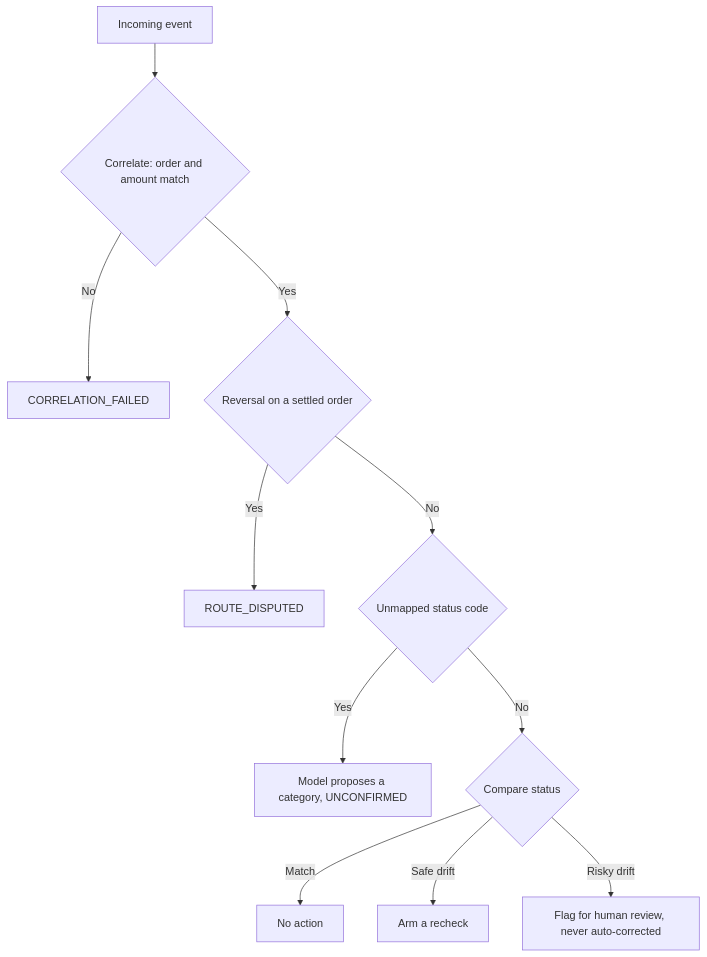
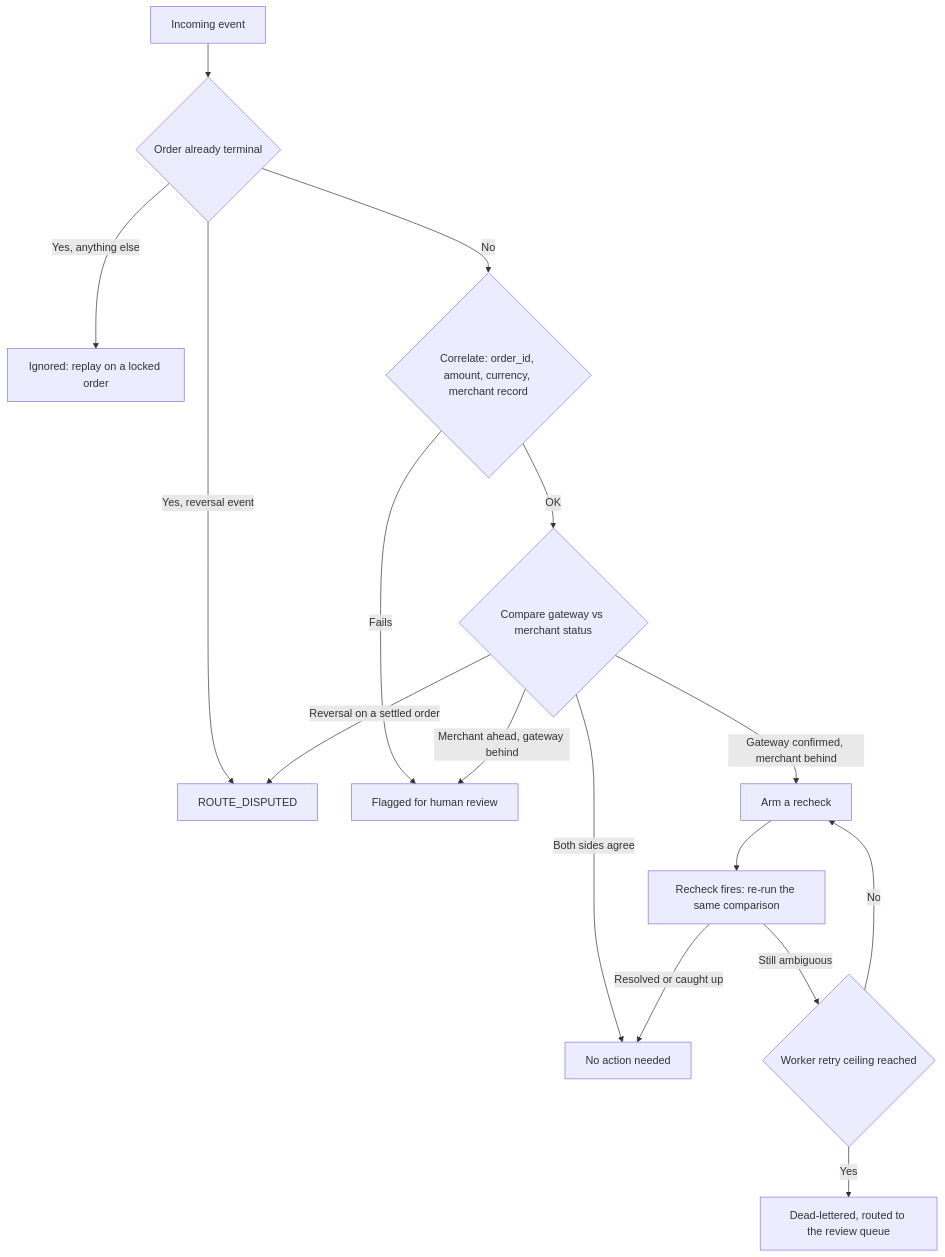
One commit to Khushi-Tyagi9/verisync changed the second of 2 diagrams in README.md. Above: the diagram before and after it, drawn with Mermaid. The commit also changed other lines of this file, not shown here.

Commit message:
Correct README decision diagram to match the actual decision logic
Removes a fabricated unmapped-status-code branch, an LLM classification
call, and an UNCONFIRMED status that never existed in decision/. No
Roadmap or Future work section exists to relocate it into, so it is
removed outright rather than deferred. Replaces it with what unresolved
cases actually do: a bounded re-arm sharing the same retry budget as
other ambiguous outcomes, dead-lettered and routed to the review queue
once the ceiling is reached, matching actions.py and the 150-order batch
results. Also drops the LLM line from the tech stack list.

````diff
--- a/README.md
+++ b/README.md
@@ -30,13 +30,18 @@
 ```mermaid
 flowchart TD
-    A[Incoming event] --> B{Correlate: order and amount match}
-    B -- No --> C[CORRELATION_FAILED]
-    B -- Yes --> D{Reversal on a settled order}
-    D -- Yes --> E[ROUTE_DISPUTED]
-    D -- No --> F{Unmapped status code}
-    F -- Yes --> G[Model proposes a category, UNCONFIRMED]
-    F -- No --> H{Compare status}
-    H -- Match --> I[No action]
-    H -- Safe drift --> J[Arm a recheck]
-    H -- Risky drift --> K[Flag for human review, never auto-corrected]
+    A[Incoming event] --> B{Order already terminal}
+    B -- Yes, reversal event --> C[ROUTE_DISPUTED]
+    B -- Yes, anything else --> D[Ignored: replay on a locked order]
+    B -- No --> E{Correlate: order_id, amount, currency, merchant record}
+    E -- Fails --> F[Flagged for human review]
+    E -- OK --> G{Compare gateway vs merchant status}
+    G -- Reversal on a settled order --> C
+    G -- Both sides agree --> H[No action needed]
+    G -- Gateway confirmed, merchant behind --> I[Arm a recheck]
+    G -- Merchant ahead, gateway behind --> F
+    I --> J[Recheck fires: re-run the same comparison]
+    J -- Resolved or caught up --> H
+    J -- Still ambiguous --> K{Worker retry ceiling reached}
+    K -- No --> I
+    K -- Yes --> L[Dead-lettered, routed to the review queue]
 ```
````
